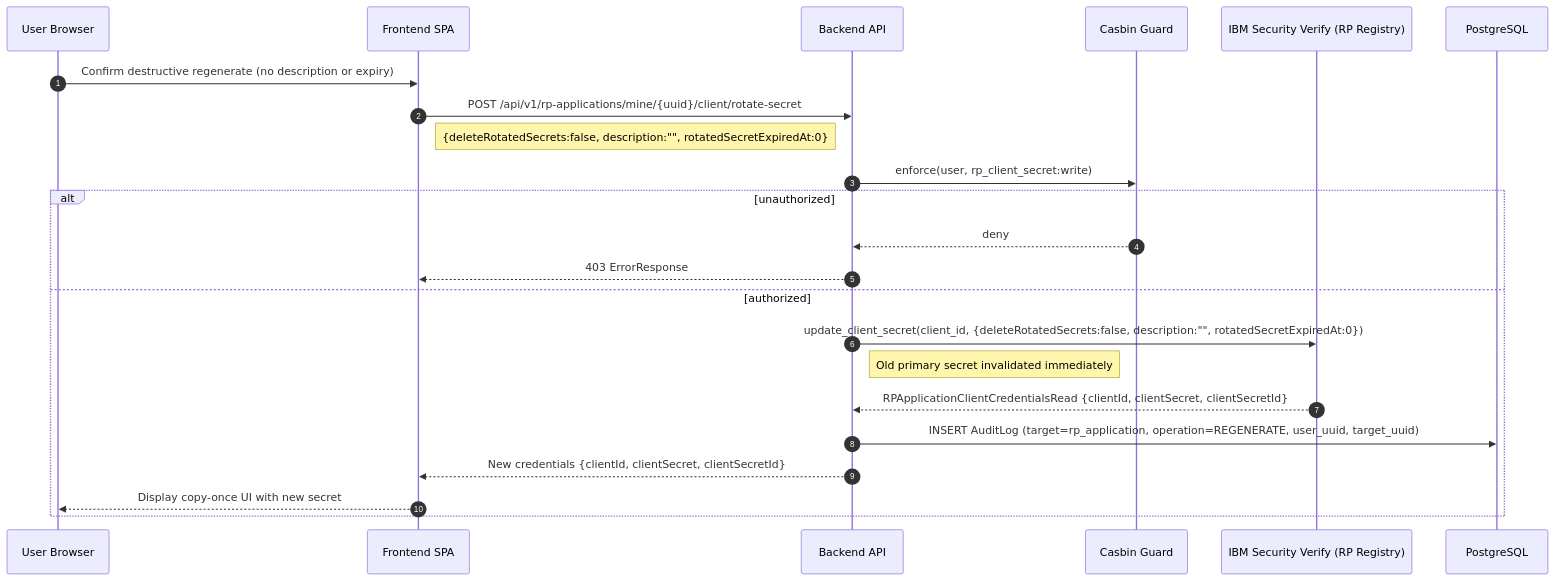
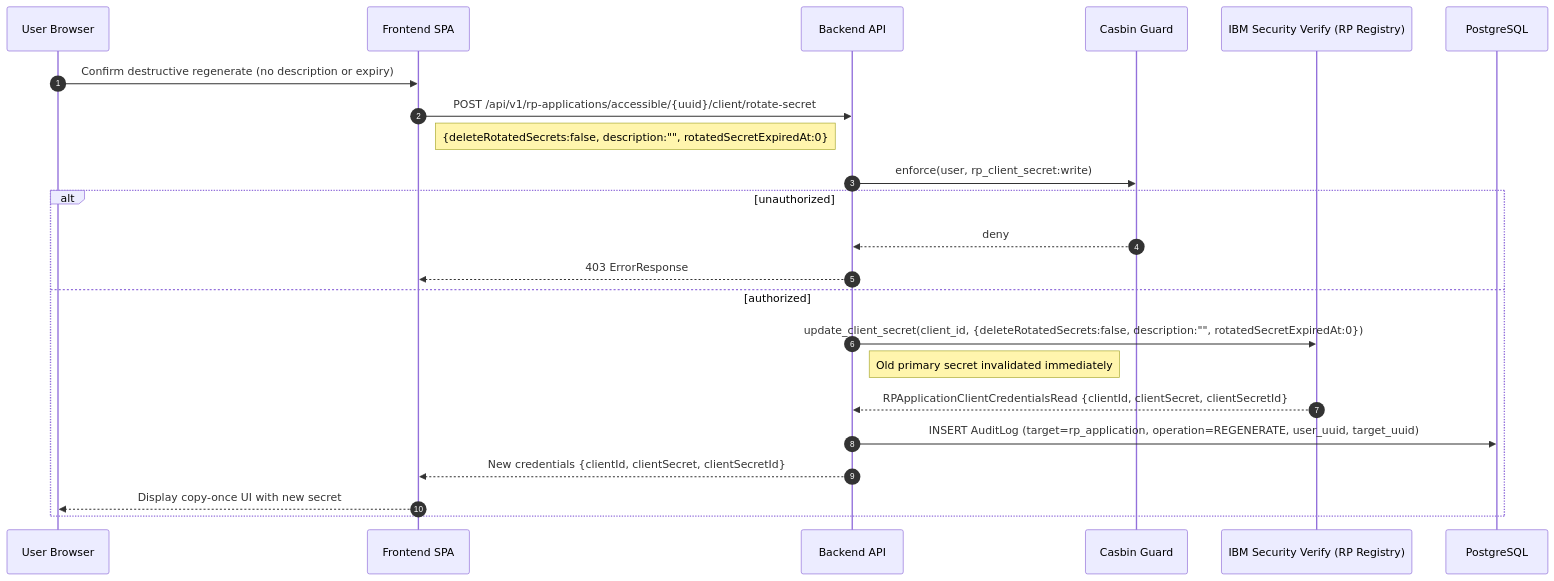
Before and after one commit to cds-snc/canadalogin-partner-portal: the eighth of 13 diagrams in docs/plans/partner-portal-mvp-data-flows.md, drawn with Mermaid. The commit also changed other lines of this file and 1343 other files, not shown here.

````diff
--- a/docs/plans/partner-portal-mvp-data-flows.md
+++ b/docs/plans/partner-portal-mvp-data-flows.md
@@ -224,26 +230,26 @@
 ```mermaid
 sequenceDiagram
     autonumber
     participant U as User Browser
     participant FE as Frontend SPA
     participant BE as Backend API
     participant C as Casbin Guard
     participant V as IBM Security Verify (RP Registry)
     participant DB as PostgreSQL
 
     U->>FE: Confirm destructive regenerate (no description or expiry)
-    FE->>BE: POST /api/v1/rp-applications/mine/{uuid}/client/rotate-secret
+    FE->>BE: POST /api/v1/rp-applications/accessible/{uuid}/client/rotate-secret
     Note right of FE: {deleteRotatedSecrets:false, description:"", rotatedSecretExpiredAt:0}
     BE->>C: enforce(user, rp_client_secret:write)
     alt unauthorized
         C-->>BE: deny
         BE-->>FE: 403 ErrorResponse
     else authorized
         BE->>V: update_client_secret(client_id, {deleteRotatedSecrets:false, description:"", rotatedSecretExpiredAt:0})
         Note right of BE: Old primary secret invalidated immediately
         V-->>BE: RPApplicationClientCredentialsRead {clientId, clientSecret, clientSecretId}
         BE->>DB: INSERT AuditLog (target=rp_application, operation=REGENERATE, user_uuid, target_uuid)
         BE-->>FE: New credentials {clientId, clientSecret, clientSecretId}
         FE-->>U: Display copy-once UI with new secret
     end
 ```
````
